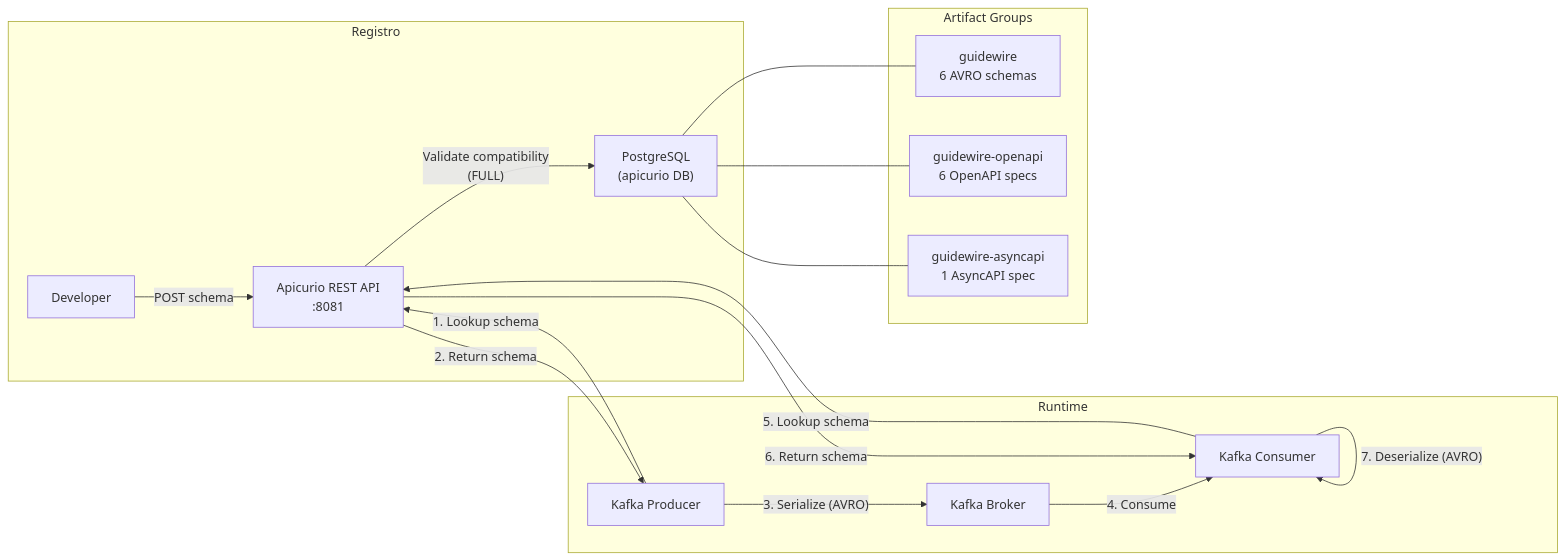
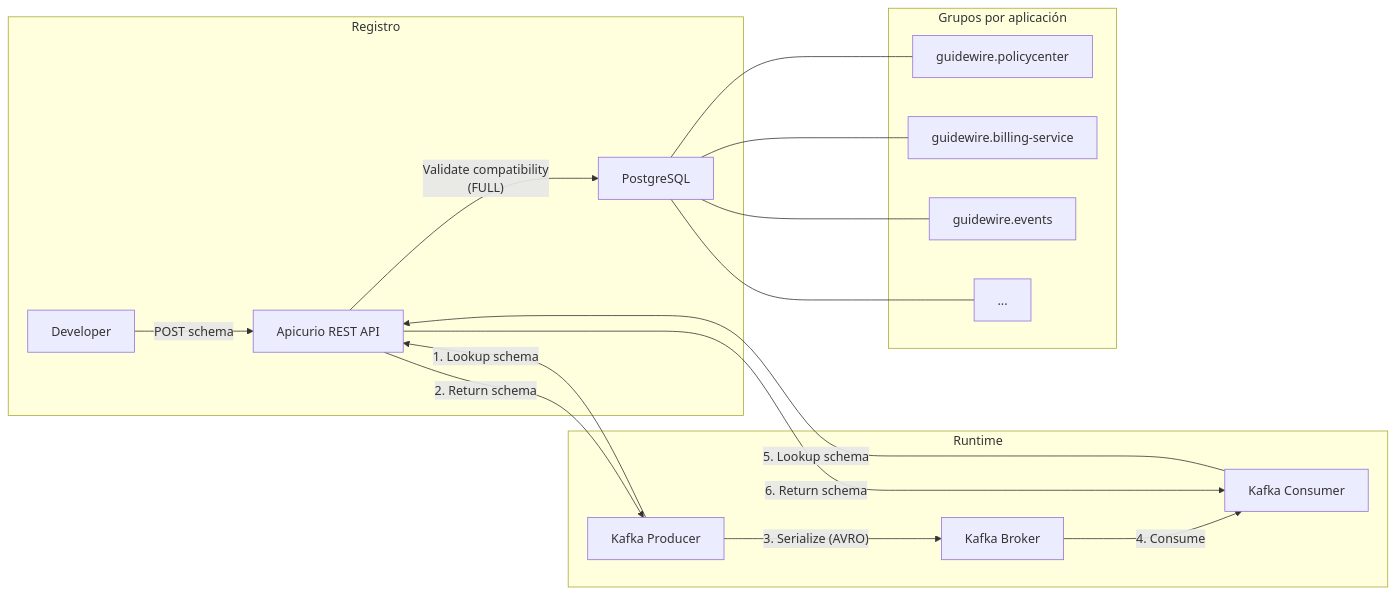
Before and after one commit to monghithub/guidewire: the diagram in openspecs/docs/infra/apicurio/README.md, drawn with Mermaid. The commit also changed other lines of this file and 11 other files, not shown here.

````diff
--- a/openspecs/docs/infra/apicurio/README.md
+++ b/openspecs/docs/infra/apicurio/README.md
@@ -77,27 +233,28 @@
 ```mermaid
 graph LR
     subgraph Registro
-        DEV["Developer"] -->|"POST schema"| API["Apicurio REST API<br/>:8081"]
-        API -->|"Validate compatibility<br/>(FULL)"| DB["PostgreSQL<br/>(apicurio DB)"]
+        DEV["Developer"] -->|"POST schema"| API["Apicurio REST API"]
+        API -->|"Validate compatibility<br/>(FULL)"| DB["PostgreSQL"]
     end
 
     subgraph Runtime
         PRODUCER["Kafka Producer"] -->|"1. Lookup schema"| API
         API -->|"2. Return schema"| PRODUCER
         PRODUCER -->|"3. Serialize (AVRO)"| KAFKA["Kafka Broker"]
         KAFKA -->|"4. Consume"| CONSUMER["Kafka Consumer"]
         CONSUMER -->|"5. Lookup schema"| API
         API -->|"6. Return schema"| CONSUMER
-        CONSUMER -->|"7. Deserialize (AVRO)"| CONSUMER
     end
 
-    subgraph Artifact Groups
-        G1["guidewire<br/>6 AVRO schemas"]
-        G2["guidewire-openapi<br/>6 OpenAPI specs"]
-        G3["guidewire-asyncapi<br/>1 AsyncAPI spec"]
+    subgraph "Grupos por aplicación"
+        G1["guidewire.policycenter"]
+        G2["guidewire.billing-service"]
+        G3["guidewire.events"]
+        G4["..."]
     end
 
     DB --- G1
     DB --- G2
     DB --- G3
+    DB --- G4
 ```
````
